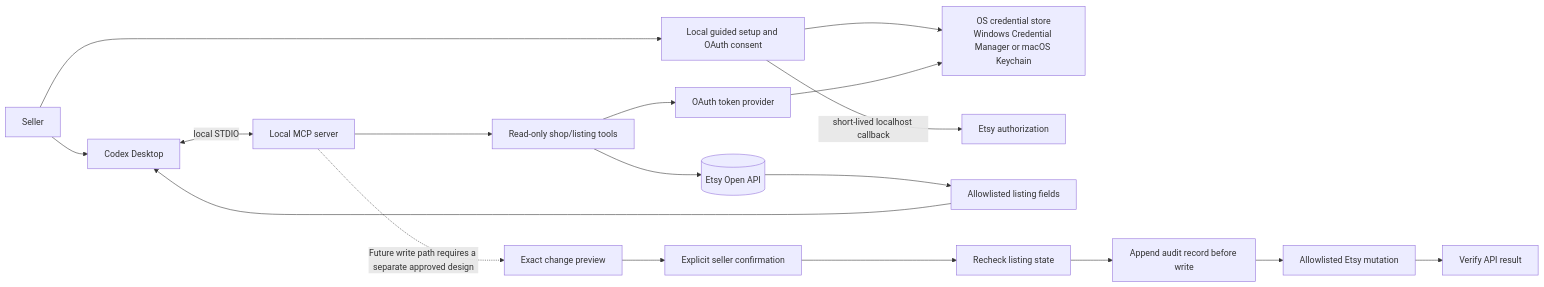
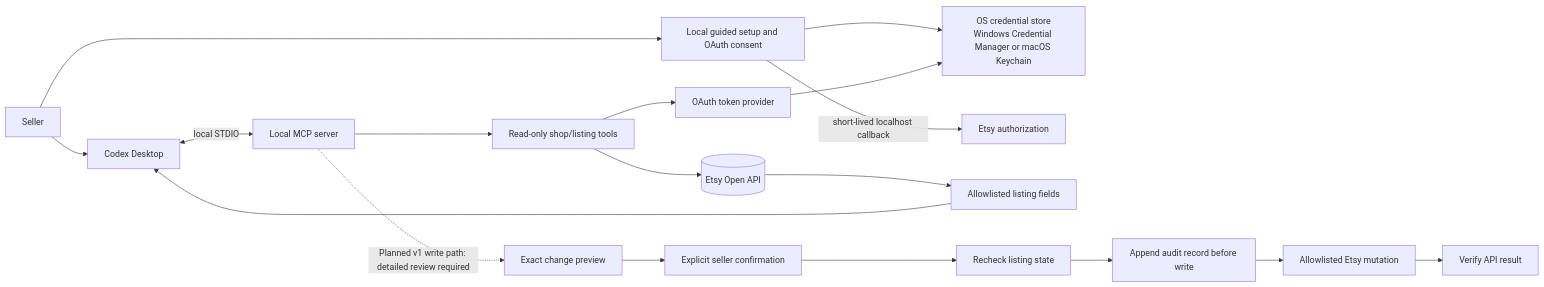
The second of 3 diagrams in docs/architecture.md (stevenfarmer/etsySellerAssistant), drawn with Mermaid before and after one commit. The commit also changed other lines of this file and 12 other files, not shown here.

````diff
--- a/docs/architecture.md
+++ b/docs/architecture.md
@@ -33,20 +34,20 @@
 ```mermaid
 flowchart LR
   seller[Seller] --> setup[Local guided setup and OAuth consent]
   setup --> store[OS credential store<br/>Windows Credential Manager or macOS Keychain]
   setup -->|short-lived localhost callback| etsyAuth[Etsy authorization]
   seller --> codex[Codex Desktop]
   codex <-->|local STDIO| mcp[Local MCP server]
   mcp --> readTools[Read-only shop/listing tools]
   readTools --> oauth[OAuth token provider]
   oauth --> store
   readTools --> api[(Etsy Open API)]
   api --> allowlist[Allowlisted listing fields]
   allowlist --> codex
-  mcp -. "Future write path requires a separate approved design" .-> preview[Exact change preview]
+  mcp -. "Planned v1 write path: detailed review required" .-> preview[Exact change preview]
   preview --> confirm[Explicit seller confirmation]
   confirm --> stale[Recheck listing state]
   stale --> audit[Append audit record before write]
   audit --> write[Allowlisted Etsy mutation]
   write --> verify[Verify API result]
 ```
````
